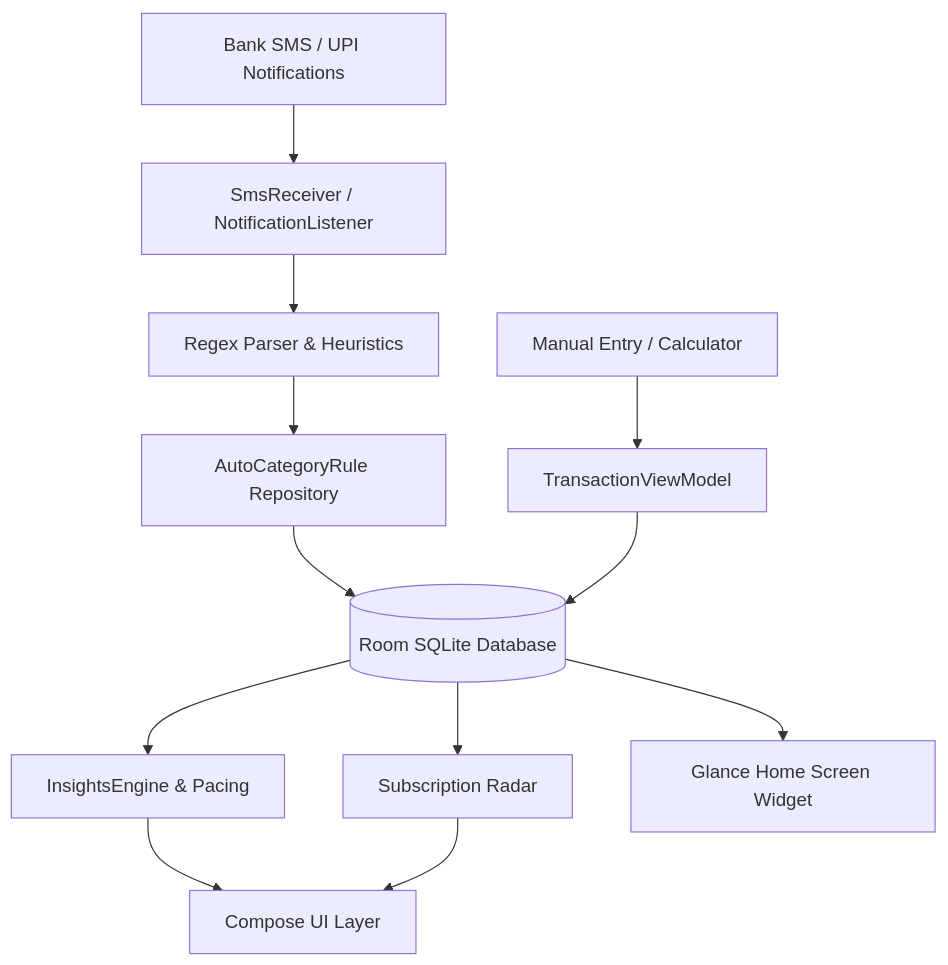
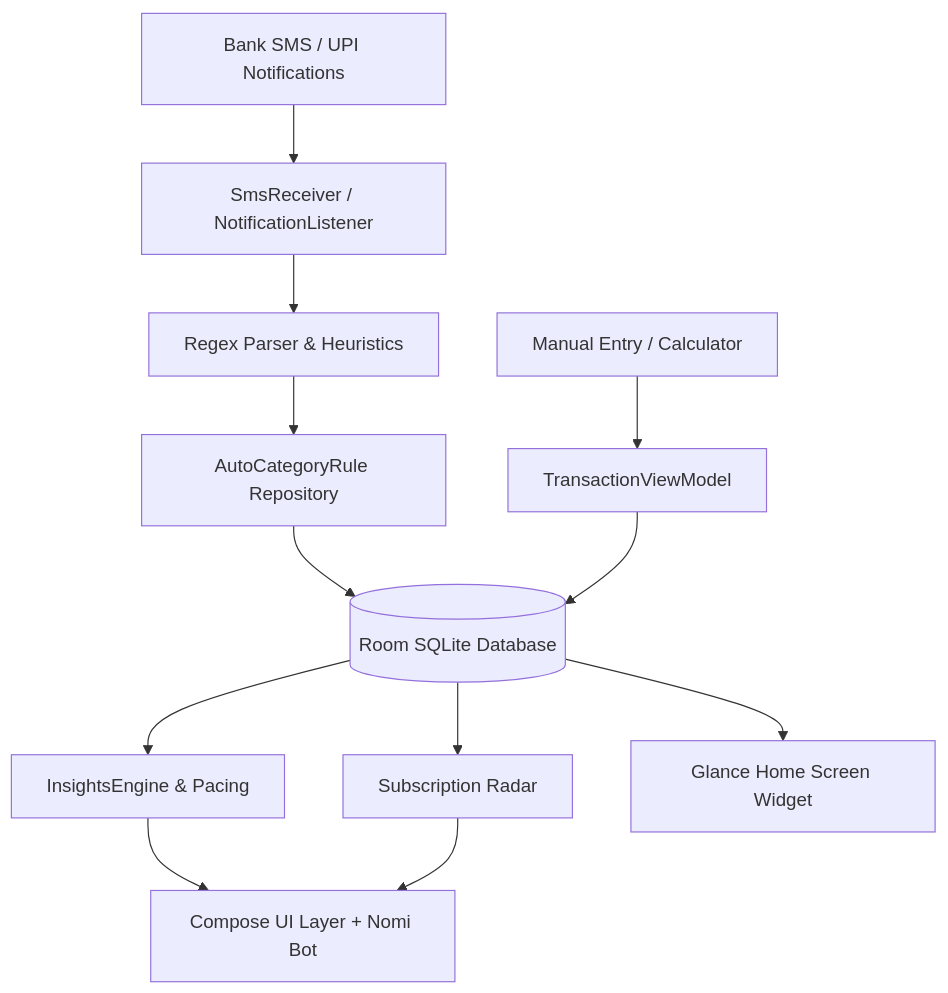
One commit to amansaxna/expenditureApp changed the diagram in README.md. Above: the diagram before and after it, drawn with Mermaid. The commit also changed other lines of this file and 17 other files, not shown here.

Commit message:
feat: add interactive Nomi AI companion overlay and geometric mascot bot system

````diff
--- a/README.md
+++ b/README.md
@@ -22,14 +95,14 @@
 ```mermaid
 graph TD
     A[Bank SMS / UPI Notifications] --> B[SmsReceiver / NotificationListener]
     C[Manual Entry / Calculator] --> D[TransactionViewModel]
     B --> E[Regex Parser & Heuristics]
     E --> F[AutoCategoryRule Repository]
     F --> G[(Room SQLite Database)]
     D --> G
     G --> H[InsightsEngine & Pacing]
     G --> I[Subscription Radar]
-    H --> J[Compose UI Layer]
+    H --> J[Compose UI Layer + Nomi Bot]
     I --> J
     G --> K[Glance Home Screen Widget]
 ```
````
